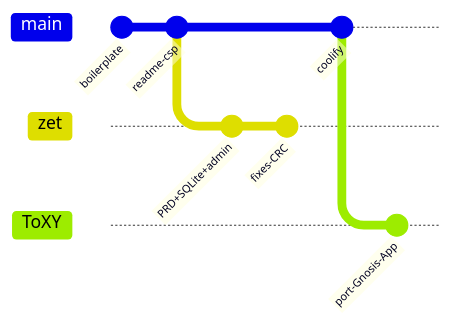
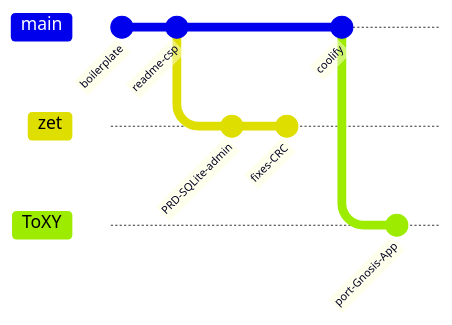
Before and after one commit to gnosis-box/THP-for-Good: the second of 3 diagrams in docs/05-historique.md, drawn with Mermaid. The commit also changed other lines of this file and 7 other files, not shown here.

````diff
--- a/docs/05-historique.md
+++ b/docs/05-historique.md
@@ -42,14 +54,14 @@
 ```mermaid
 gitGraph
   commit id: "boilerplate"
   commit id: "readme-csp"
   branch zet
   checkout zet
-  commit id: "PRD+SQLite+admin"
+  commit id: "PRD-SQLite-admin"
   commit id: "fixes-CRC"
   checkout main
   commit id: "coolify"
   branch ToXY
   checkout ToXY
   commit id: "port-Gnosis-App"
 ```
````
